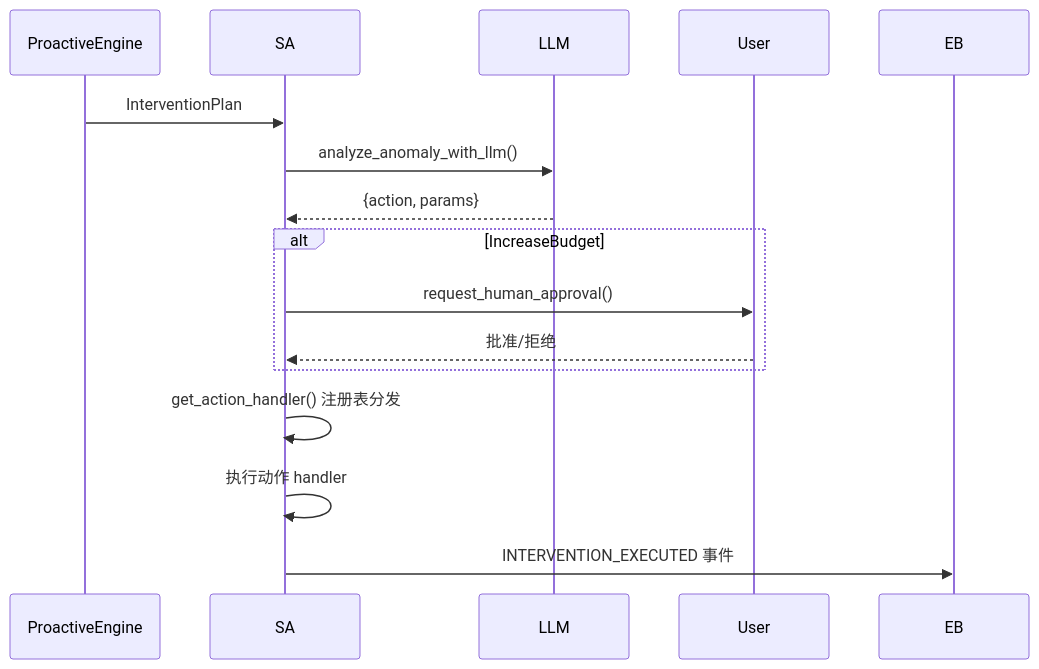
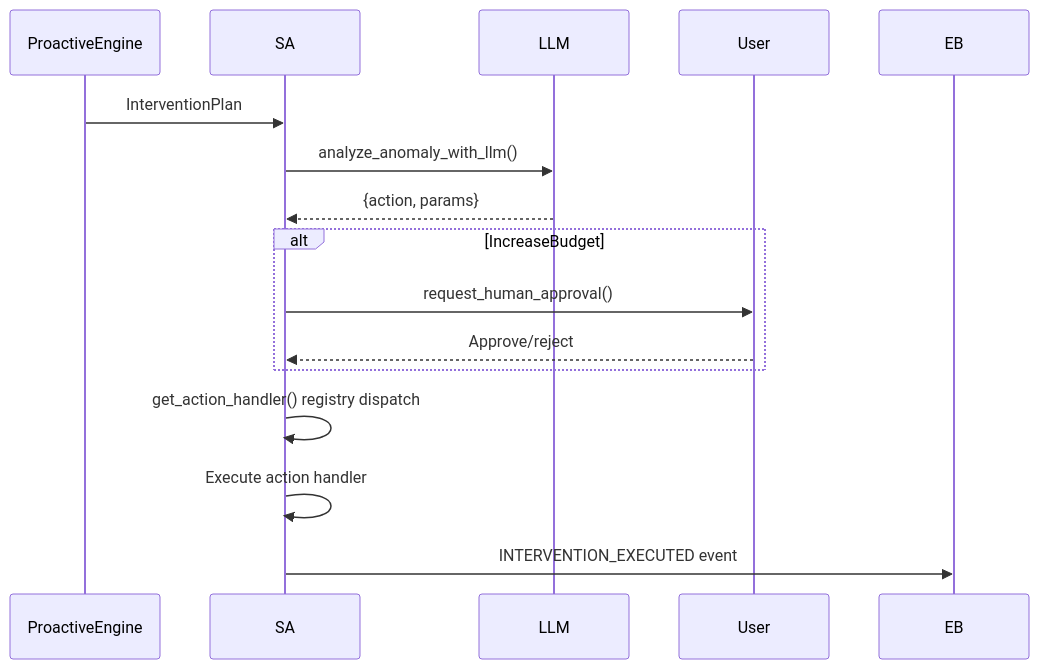
The fourth of 6 diagrams in docs/01-agent-management.md (skaiy/wild_agentos), drawn with Mermaid before and after one commit. The commit also changed other lines of this file and 23 other files, not shown here.

````diff
--- a/docs/01-agent-management.md
+++ b/docs/01-agent-management.md
@@ -193,20 +174,17 @@
 ```mermaid
 sequenceDiagram
     participant PE as ProactiveEngine
     participant SA
     participant LLM
     participant User
-
     PE->>SA: InterventionPlan
     SA->>LLM: analyze_anomaly_with_llm()
     LLM-->>SA: {action, params}
-    
     alt IncreaseBudget
         SA->>User: request_human_approval()
-        User-->>SA: 批准/拒绝
+        User-->>SA: Approve/reject
     end
-    
-    SA->>SA: get_action_handler() 注册表分发
-    SA->>SA: 执行动作 handler
-    SA->>EB: INTERVENTION_EXECUTED 事件
+    SA->>SA: get_action_handler() registry dispatch
+    SA->>SA: Execute action handler
+    SA->>EB: INTERVENTION_EXECUTED event
 ```
````
